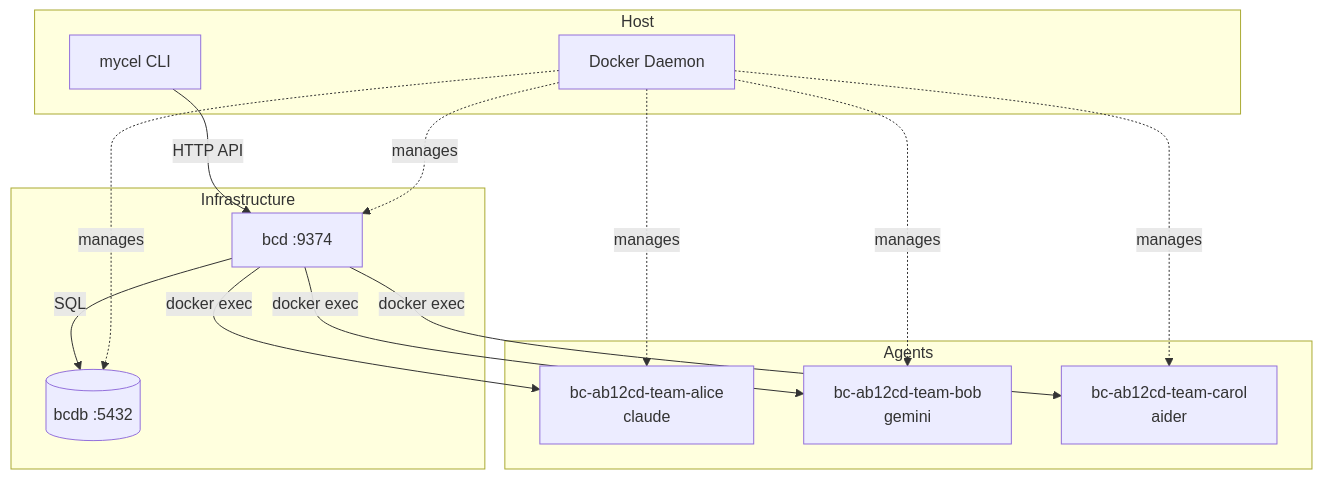
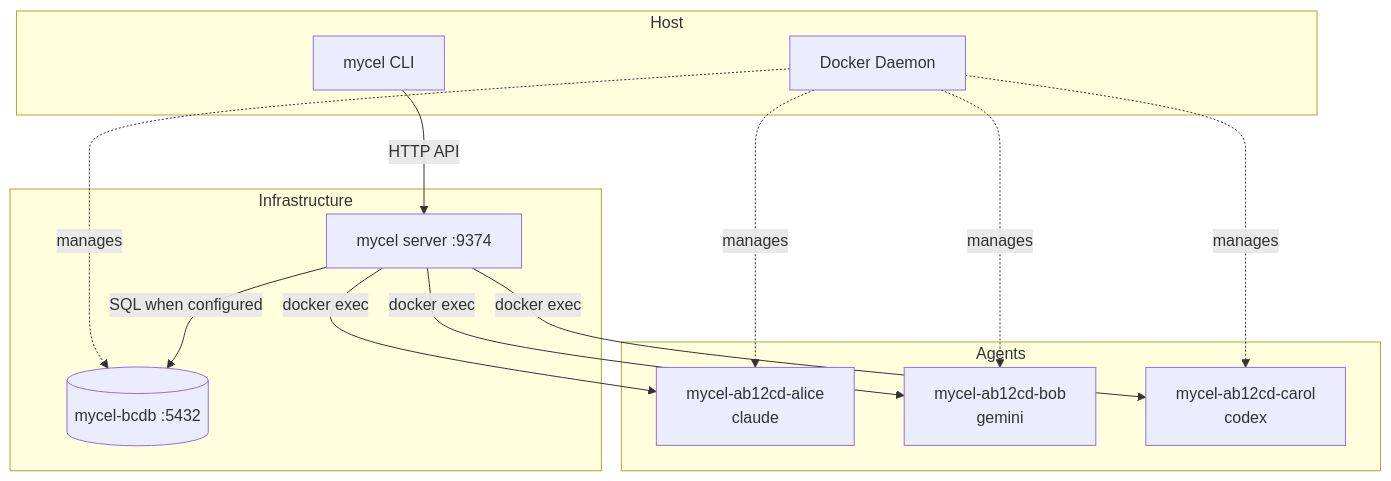
One commit to rpuneet/bc changed the first of 3 diagrams in docs/explanation/deployment.md. Above: the diagram before and after it, drawn with Mermaid. The commit also changed other lines of this file and 4 other files, not shown here.

First line of the commit message:
docs(architecture): rewrite web-ui, tui, database, deployment, architecture from source (#3251 part A)

````diff
--- a/docs/explanation/deployment.md
+++ b/docs/explanation/deployment.md
@@ -13,29 +13,28 @@
 ```mermaid
 graph TB
     subgraph Host
         CLI[mycel CLI]
         Docker[Docker Daemon]
     end
 
     subgraph Infrastructure
-        bcd[bcd :9374]
-        bcdb[(bcdb :5432)]
+        srv[mycel server :9374]
+        bcdb[(mycel-bcdb :5432)]
     end
 
     subgraph Agents
-        A1[bc-ab12cd-team-alice<br/>claude]
-        A2[bc-ab12cd-team-bob<br/>gemini]
-        A3[bc-ab12cd-team-carol<br/>aider]
+        A1[mycel-ab12cd-alice<br/>claude]
+        A2[mycel-ab12cd-bob<br/>gemini]
+        A3[mycel-ab12cd-carol<br/>codex]
     end
 
-    CLI -->|HTTP API| bcd
-    bcd -->|SQL| bcdb
-    bcd -->|docker exec| A1
-    bcd -->|docker exec| A2
-    bcd -->|docker exec| A3
-    Docker -.->|manages| bcd
+    CLI -->|HTTP API| srv
+    srv -->|SQL when configured| bcdb
+    srv -->|docker exec| A1
+    srv -->|docker exec| A2
+    srv -->|docker exec| A3
     Docker -.->|manages| bcdb
     Docker -.->|manages| A1
     Docker -.->|manages| A2
     Docker -.->|manages| A3
 ```
````
